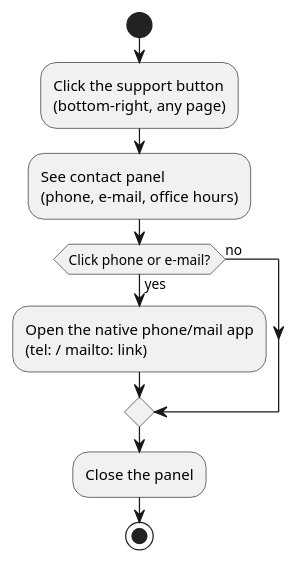
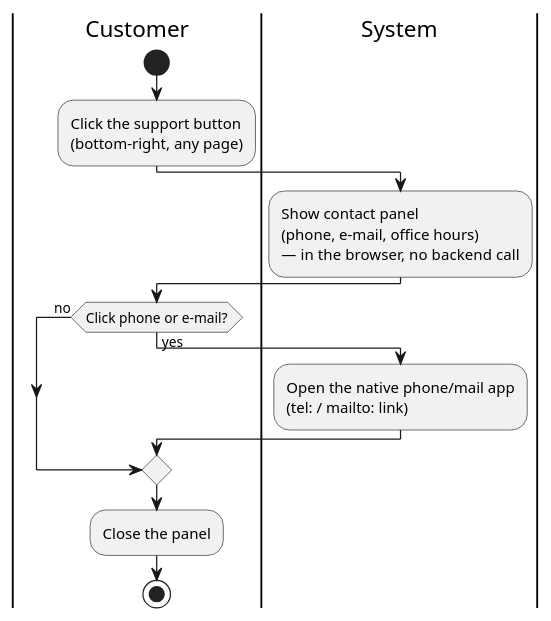
One commit to DavidMagyarics/CarRentalVSB changed the diagram in docs/diagrams/activity-contact-support.puml. Above: the diagram before and after it, drawn with PlantUML.

Commit message:
fix(docs): add System swimlane to the contact support activity diagram

```diff
--- a/docs/diagrams/activity-contact-support.puml
+++ b/docs/diagrams/activity-contact-support.puml
@@ -1,14 +1,21 @@
 @startuml activity-contact-support
 skinparam backgroundColor white
 
 |Customer|
 start
 :Click the support button\n(bottom-right, any page);
-:See contact panel\n(phone, e-mail, office hours);
+
+|System|
+:Show contact panel\n(phone, e-mail, office hours)\n— in the browser, no backend call;
+
+|Customer|
 if (Click phone or e-mail?) then (yes)
+  |System|
   :Open the native phone/mail app\n(tel: / mailto: link);
 else (no)
 endif
+
+|Customer|
 :Close the panel;
 stop
 @enduml
```
